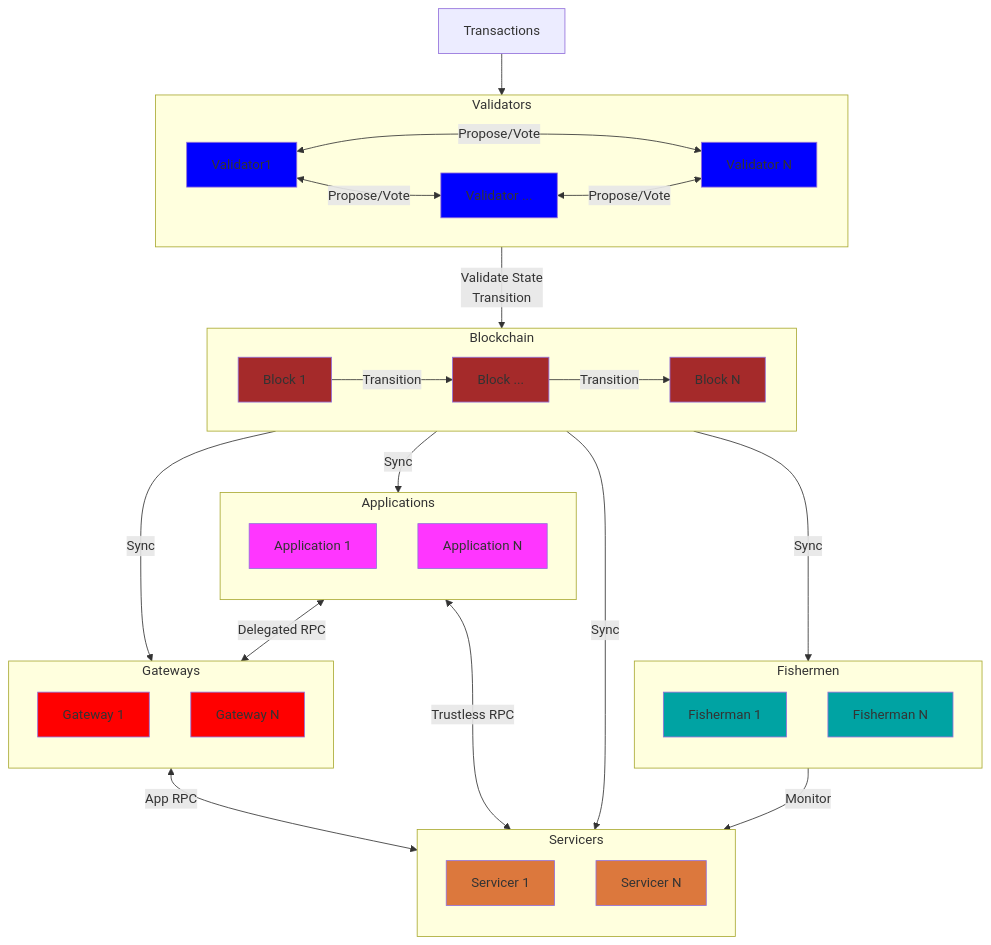
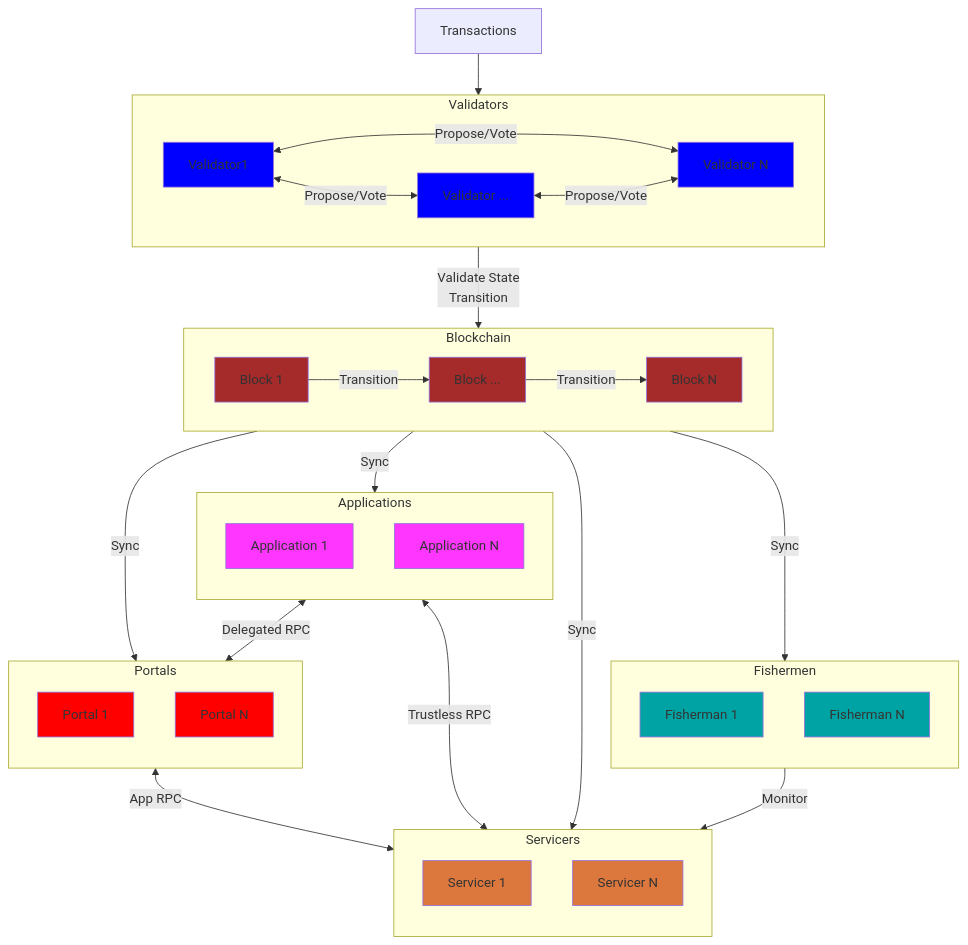
Before and after one commit to pokt-network/pocket-network-protocol: the first of 16 diagrams in utility/README.md, drawn with Mermaid. The commit also changed other lines of this file and 1 other file, not shown here.

Commit message:
Rename Gateway to Portal

````diff
--- a/utility/README.md
+++ b/utility/README.md
@@ -132,74 +132,74 @@
 ```mermaid
 flowchart TD
     subgraph Validators
         direction LR
         V1[Validator1]
         V[Validator ...]
         VN[Validator N]
     end
     V1 <--Propose/Vote--> V
     V1 <--Propose/Vote--> VN
     V <--Propose/Vote--> VN
 
     subgraph Blockchain
         direction LR
         B1[Block 1]
         B[Block ...]
         BN[Block N]
     end
     B1 --Transition--> B
     B --Transition--> BN
 
     subgraph Servicers
         direction TB
         S1[Servicer 1]
         SN[Servicer N]
     end
 
     subgraph Applications
         direction TB
         A1[Application 1]
         AN[Application N]
     end
 
-    subgraph Gateways
+    subgraph Portals
         direction TB
-        G1[Gateway 1]
-        GN[Gateway N]
+        P1[Portal 1]
+        PN[Portal N]
     end
 
     subgraph Fishermen
         direction TB
         F1[Fisherman 1]
         FN[Fisherman N]
     end
 
     Transactions --> Validators
 
     Validators --Validate State<br>Transition--> Blockchain
 
-    Applications <--Delegated RPC--> Gateways
-    Gateways <--App RPC--> Servicers
+    Applications <--Delegated RPC--> Portals
+    Portals <--App RPC--> Servicers
     Applications <--Trustless RPC--> Servicers
 
-    Blockchain --Sync--> Gateways
+    Blockchain --Sync--> Portals
     Blockchain --Sync--> Applications
     Blockchain --Sync--> Servicers
     Blockchain --Sync--> Fishermen
 
     Fishermen --Monitor--> Servicers
 
     classDef blue fill:#0000FF
     classDef brown fill:#A52A2A
     classDef red fill:#FF0000
     classDef yellow fill:#DC783D
     classDef acqua fill:#00A3A3
     classDef purple fill:#FF36FF
 
     class V1,V,VN blue
     class B1,B,BN brown
     class S1,SN yellow
-    class G1,GN red
+    class P1,PN red
     class F1,FN acqua
     class A1,AN purple
 ```
````
